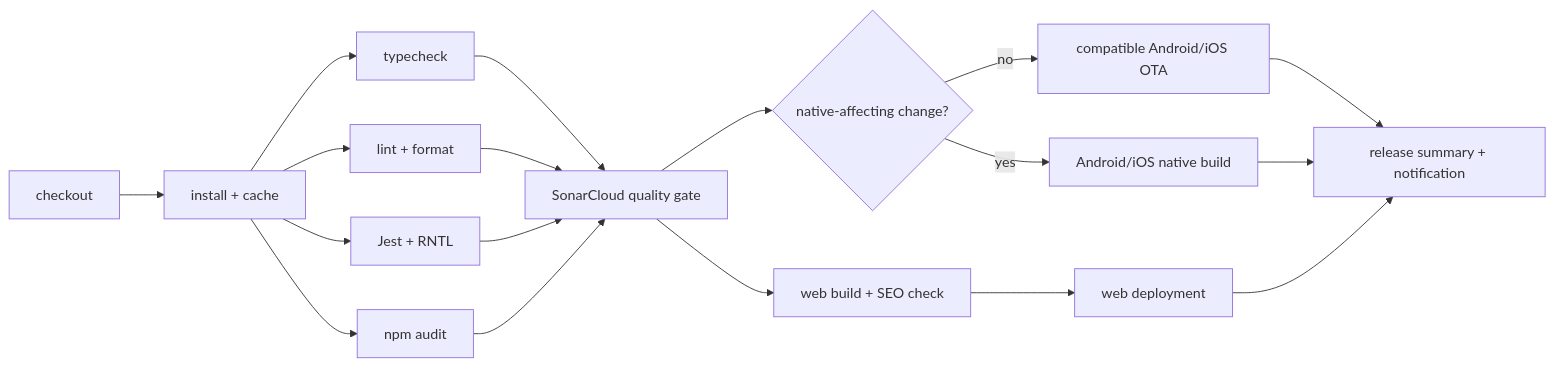
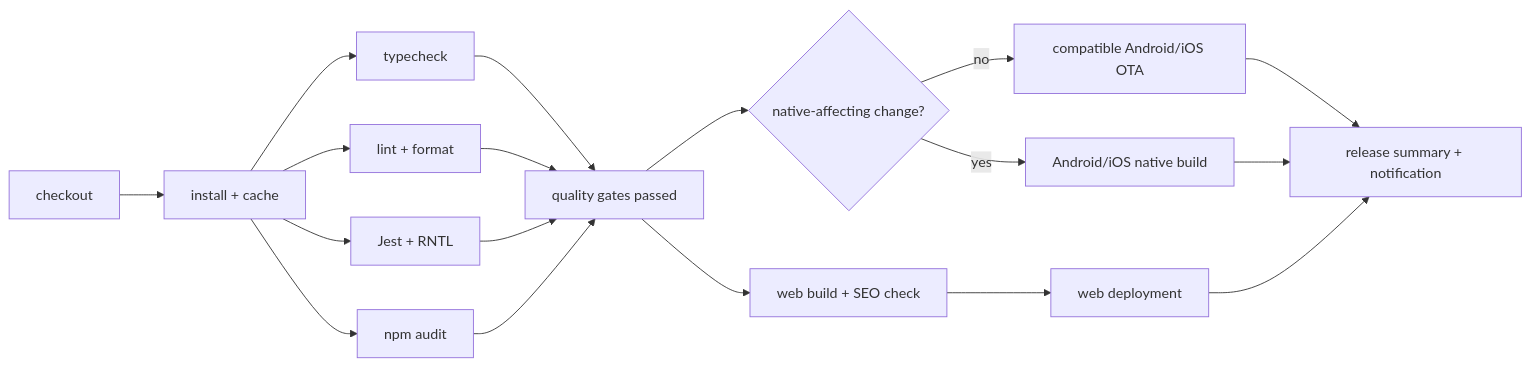
One commit to tiket-sampai-nonton/rusuh-booking-mobile changed the diagram in .genesis/docs/PIPELINE.md. Above: the diagram before and after it, drawn with Mermaid. The commit also changed other lines of this file and 5 other files, not shown here.

````diff
--- a/.genesis/docs/PIPELINE.md
+++ b/.genesis/docs/PIPELINE.md
@@ -56,22 +56,22 @@
 ```mermaid
 flowchart LR
     CHECKOUT["checkout"] --> INSTALL["install + cache"]
     INSTALL --> TYPE["typecheck"]
     INSTALL --> LINT["lint + format"]
     INSTALL --> UNIT["Jest + RNTL"]
     INSTALL --> AUDIT["npm audit"]
 
-    TYPE --> SONAR["SonarCloud quality gate"]
-    LINT --> SONAR
-    UNIT --> SONAR
-    AUDIT --> SONAR
+    TYPE --> GATES["quality gates passed"]
+    LINT --> GATES
+    UNIT --> GATES
+    AUDIT --> GATES
 
-    SONAR --> WEB["web build + SEO check"]
-    SONAR --> FINGERPRINT{"native-affecting change?"}
+    GATES --> WEB["web build + SEO check"]
+    GATES --> FINGERPRINT{"native-affecting change?"}
     FINGERPRINT -->|no| OTA["compatible Android/iOS OTA"]
     FINGERPRINT -->|yes| NATIVE["Android/iOS native build"]
     WEB --> WEBDEPLOY["web deployment"]
     OTA --> RELEASE["release summary + notification"]
     NATIVE --> RELEASE
     WEBDEPLOY --> RELEASE
 ```
````
